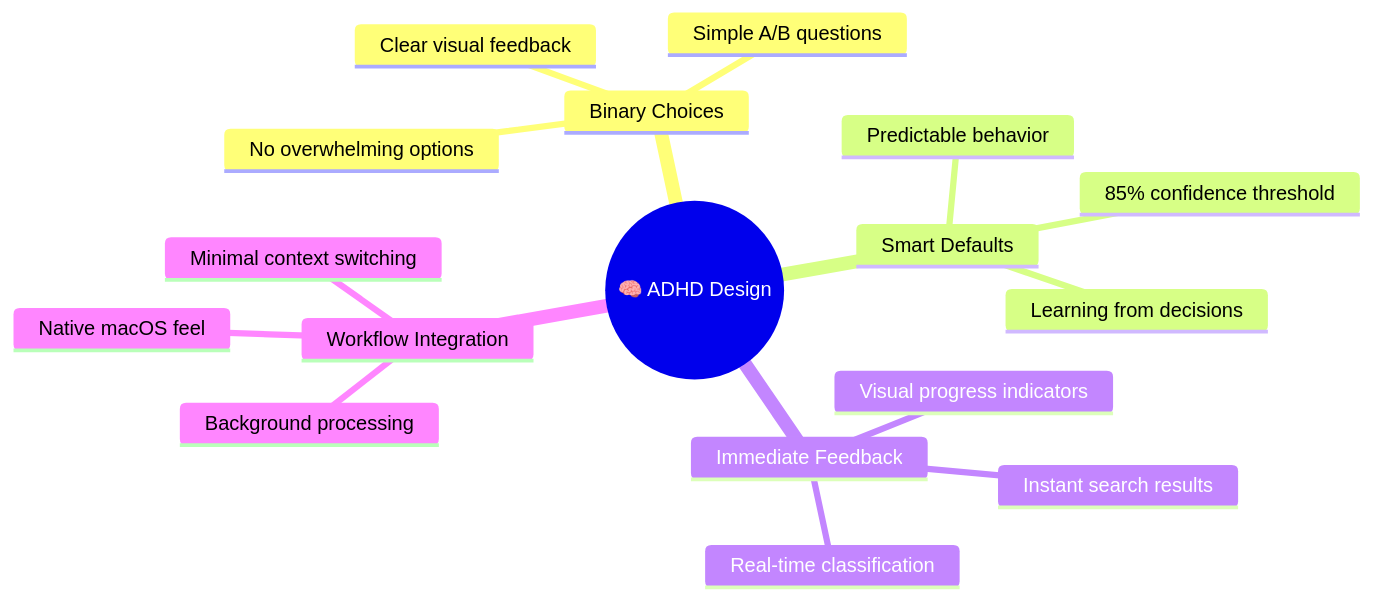
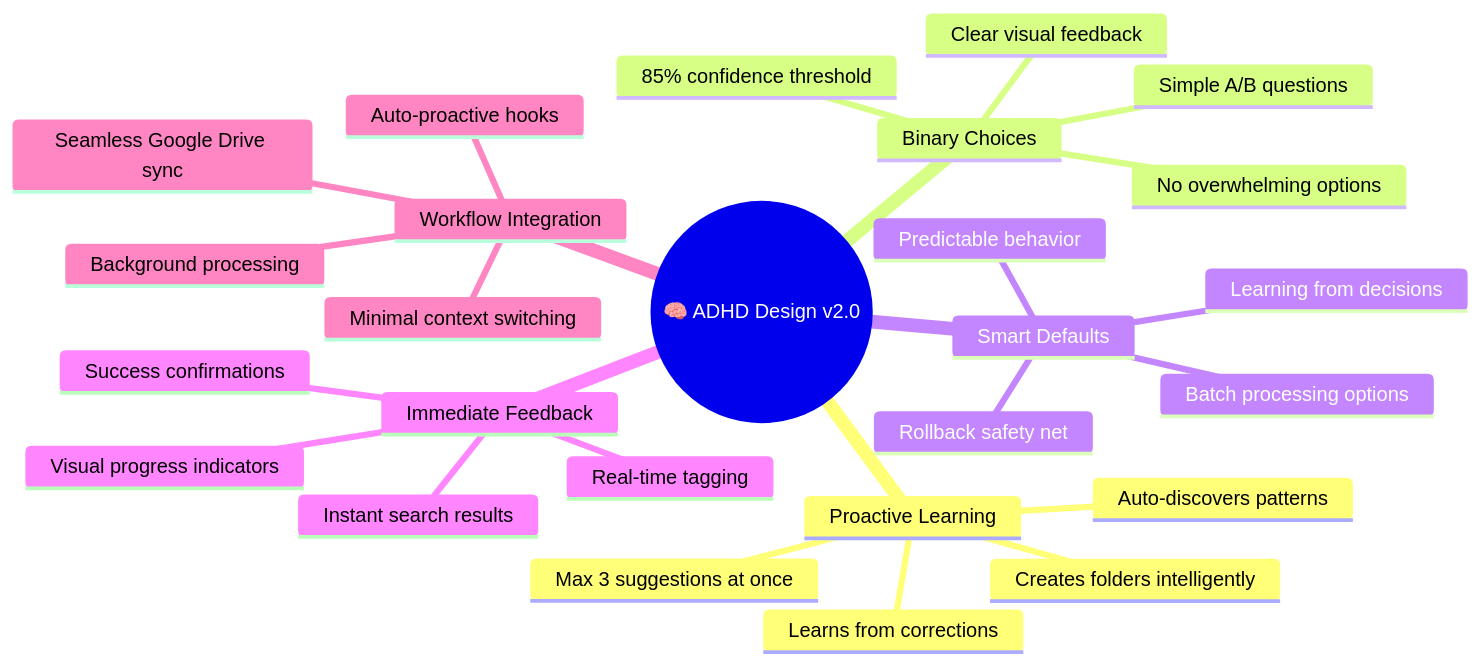
Before and after one commit to thebearwithabite/ai-file-organizer: the eighth of 12 diagrams in README.md, drawn with Mermaid. The commit also changed other lines of this file and 7 other files, not shown here.

````diff
--- a/README.md
+++ b/README.md
@@ -321,20 +383,29 @@
 ```mermaid
 mindmap
-  root((🧠 ADHD Design))
+  root((🧠 ADHD Design v2.0))
+    Proactive Learning
+      Auto-discovers patterns
+      Creates folders intelligently
+      Max 3 suggestions at once
+      Learns from corrections
     Binary Choices
       Simple A/B questions
       No overwhelming options
       Clear visual feedback
+      85% confidence threshold
     Smart Defaults
-      85% confidence threshold
+      Batch processing options
       Learning from decisions
-      Predictable behavior  
+      Predictable behavior
+      Rollback safety net
     Immediate Feedback
-      Real-time classification
+      Real-time tagging
       Visual progress indicators
       Instant search results
+      Success confirmations
     Workflow Integration
-      Native macOS feel
+      Auto-proactive hooks
       Background processing
       Minimal context switching
+      Seamless Google Drive sync
 ```
````
